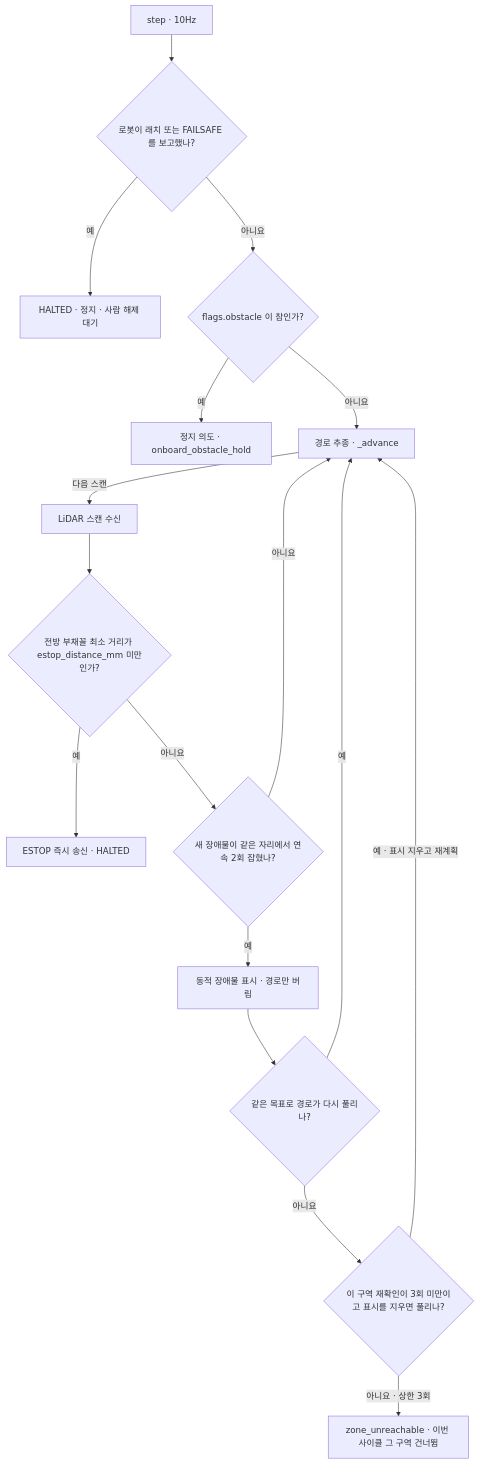
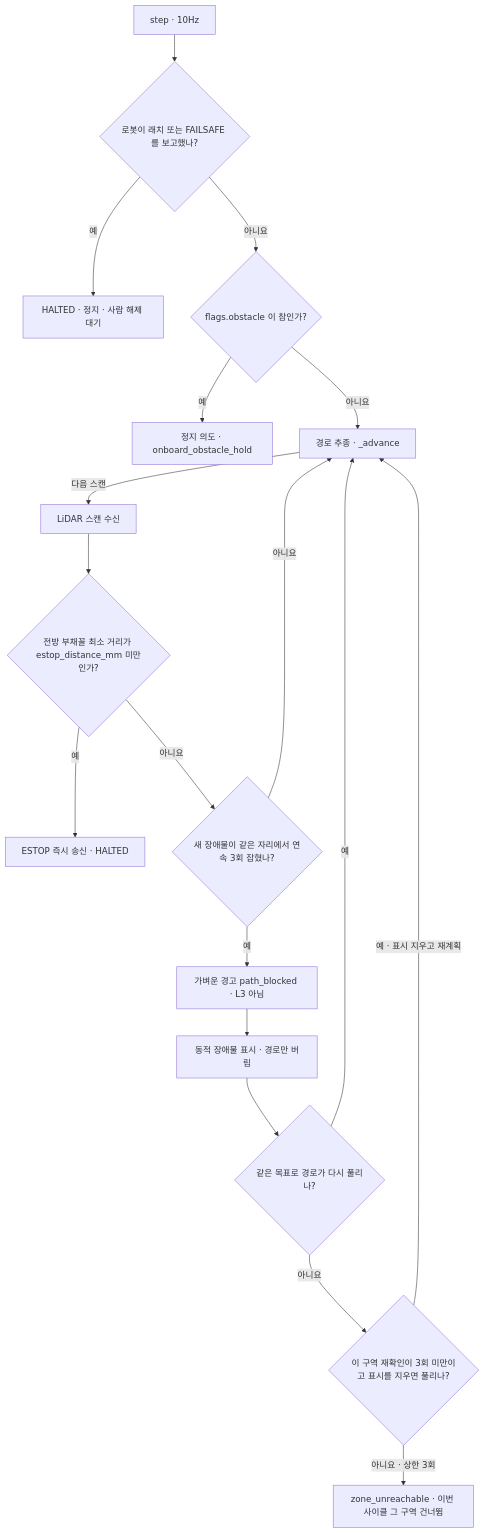
The second of 2 diagrams in docs/features/patrol-obstacle.md (PJW-1/mechadog), drawn with Mermaid before and after one commit. The commit also changed other lines of this file and 885 other files, not shown here.

````diff
--- a/docs/features/patrol-obstacle.md
+++ b/docs/features/patrol-obstacle.md
@@ -32,19 +35,20 @@
 ```mermaid
 flowchart TD
   S0["step · 10Hz"] --> LAT{"로봇이 래치 또는 FAILSAFE 를 보고했나?"}
   LAT -->|예| HALTED["HALTED · 정지 · 사람 해제 대기"]
   LAT -->|아니요| OBA{"flags.obstacle 이 참인가?"}
   OBA -->|예| HOLD["정지 의도 · onboard_obstacle_hold"]
   OBA -->|아니요| ADV["경로 추종 · _advance"]
   ADV -->|다음 스캔| SC["LiDAR 스캔 수신"]
   SC --> EST{"전방 부채꼴 최소 거리가 estop_distance_mm 미만인가?"}
   EST -->|예| ESTOP["ESTOP 즉시 송신 · HALTED"]
-  EST -->|아니요| NEW{"새 장애물이 같은 자리에서 연속 2회 잡혔나?"}
+  EST -->|아니요| NEW{"새 장애물이 같은 자리에서 연속 3회 잡혔나?"}
   NEW -->|아니요| ADV
-  NEW -->|예| MARK["동적 장애물 표시 · 경로만 버림"]
+  NEW -->|예| WARN["가벼운 경고 path_blocked · L3 아님"]
+  WARN --> MARK["동적 장애물 표시 · 경로만 버림"]
   MARK --> RP{"같은 목표로 경로가 다시 풀리나?"}
   RP -->|예| ADV
   RP -->|아니요| RV{"이 구역 재확인이 3회 미만이고 표시를 지우면 풀리나?"}
   RV -->|예 · 표시 지우고 재계획| ADV
   RV -->|아니요 · 상한 3회| SKIP["zone_unreachable · 이번 사이클 그 구역 건너뜀"]
 ```
````
